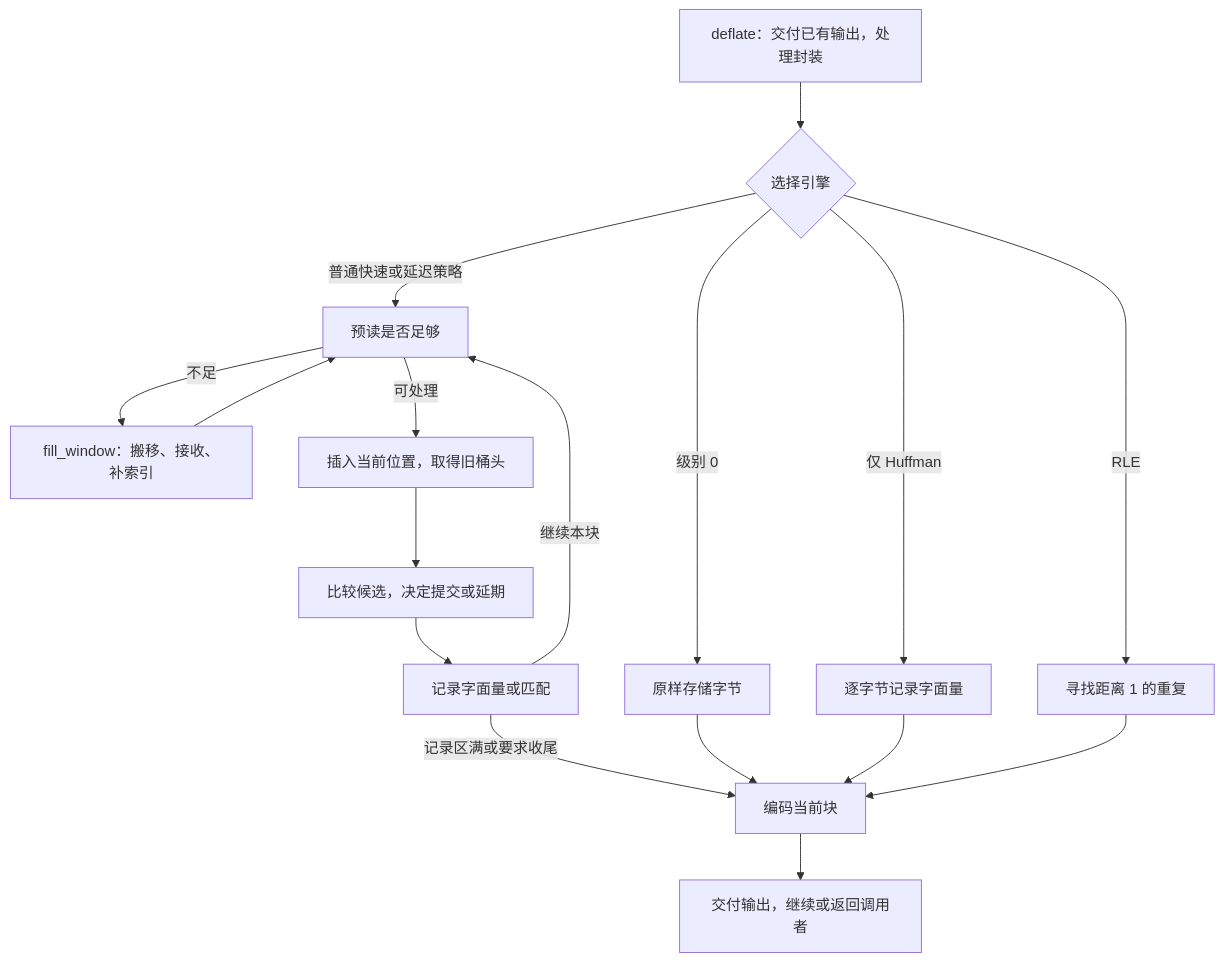
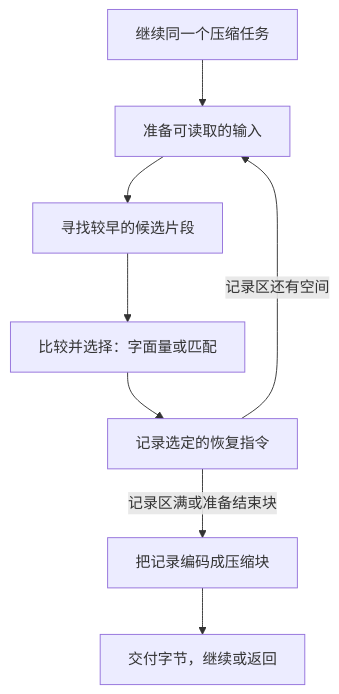
One commit to cla7aye15I4nd/zlib-f changed the first of 2 diagrams in site/content/book/deflate-matching.zh.md. Above: the diagram before and after it, drawn with Mermaid. The commit also changed other lines of this file and 40 other files, not shown here.

````diff
--- a/site/content/book/deflate-matching.zh.md
+++ b/site/content/book/deflate-matching.zh.md
@@ -18,19 +24,10 @@
 ```mermaid
 flowchart TD
-    A["deflate：交付已有输出，处理封装"] --> B{"选择引擎"}
-    B -->|级别 0| C["原样存储字节"]
-    B -->|仅 Huffman| D["逐字节记录字面量"]
-    B -->|RLE| E["寻找距离 1 的重复"]
-    B -->|普通快速或延迟策略| F["预读是否足够"]
-    F -->|不足| G["fill_window：搬移、接收、补索引"]
-    G --> F
-    F -->|可处理| H["插入当前位置，取得旧桶头"]
-    H --> I["比较候选，决定提交或延期"]
-    I --> J["记录字面量或匹配"]
-    J -->|继续本块| F
-    J -->|记录区满或要求收尾| K["编码当前块"]
-    C --> K
-    D --> K
-    E --> K
-    K --> L["交付输出，继续或返回调用者"]
+    A["继续同一个压缩任务"] --> B["准备可读取的输入"]
+    B --> C["寻找较早的候选片段"]
+    C --> D["比较并选择：字面量或匹配"]
+    D --> E["记录选定的恢复指令"]
+    E -->|记录区还有空间| B
+    E -->|记录区满或准备结束块| F["把记录编码成压缩块"]
+    F --> G["交付字节，继续或返回"]
 ```
````
